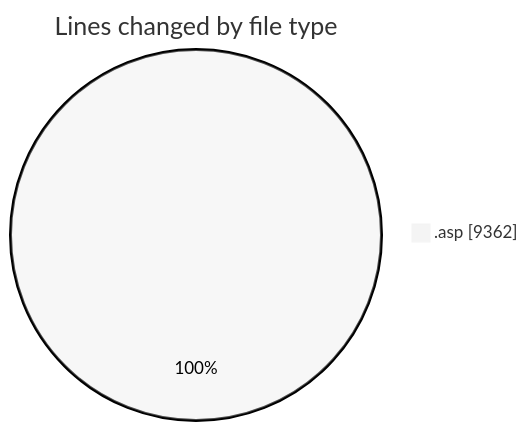
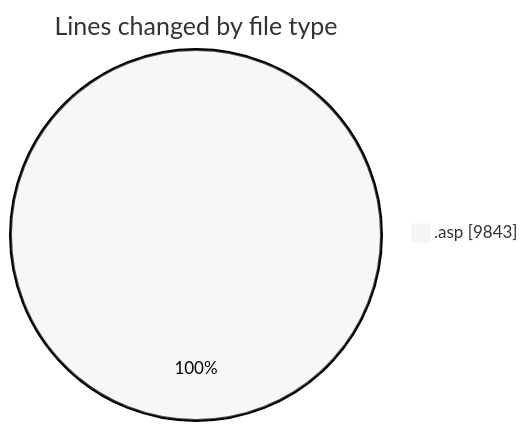
Before and after one commit to julien-gomy/code-tracking: the first of 2 diagrams in 2025-10-30/cdp_aleoudev_fr__workspace_/README.md, drawn with Mermaid (neutral theme). The commit also changed other lines of this file and 1 other file, not shown here.

````diff
--- a/2025-10-30/cdp_aleoudev_fr__workspace_/README.md
+++ b/2025-10-30/cdp_aleoudev_fr__workspace_/README.md
@@ -28,5 +29,5 @@
 ```mermaid
 pie showData
 title Lines changed by file type
-".asp" : 9362
+".asp" : 9843
 ```
````
